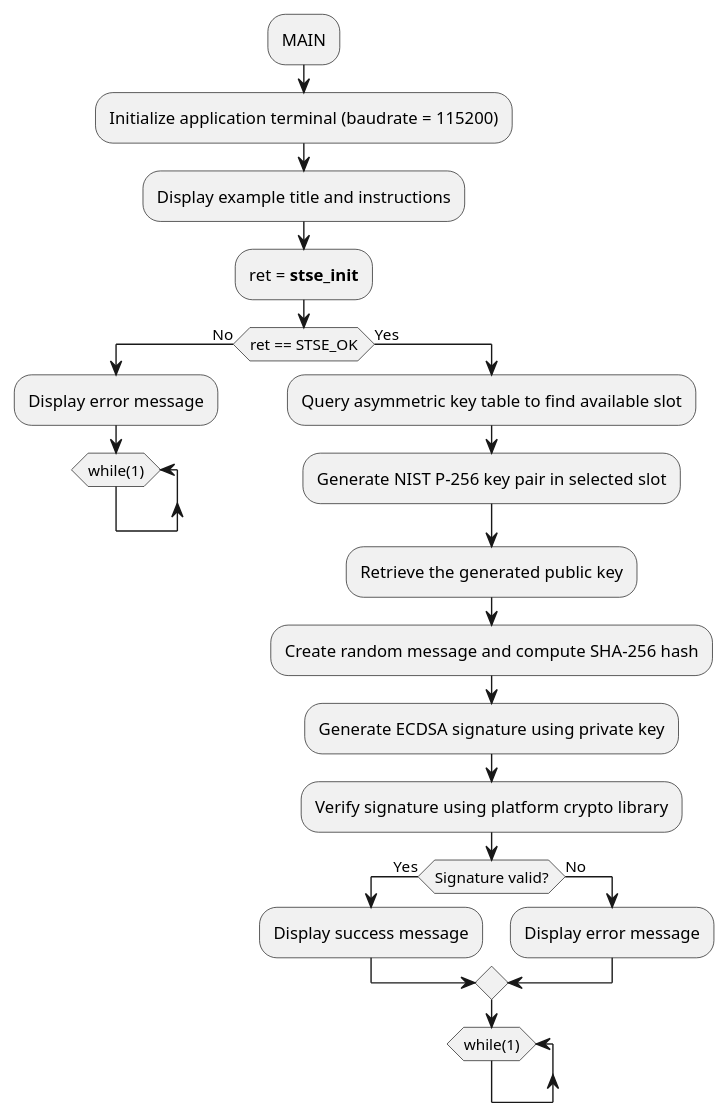
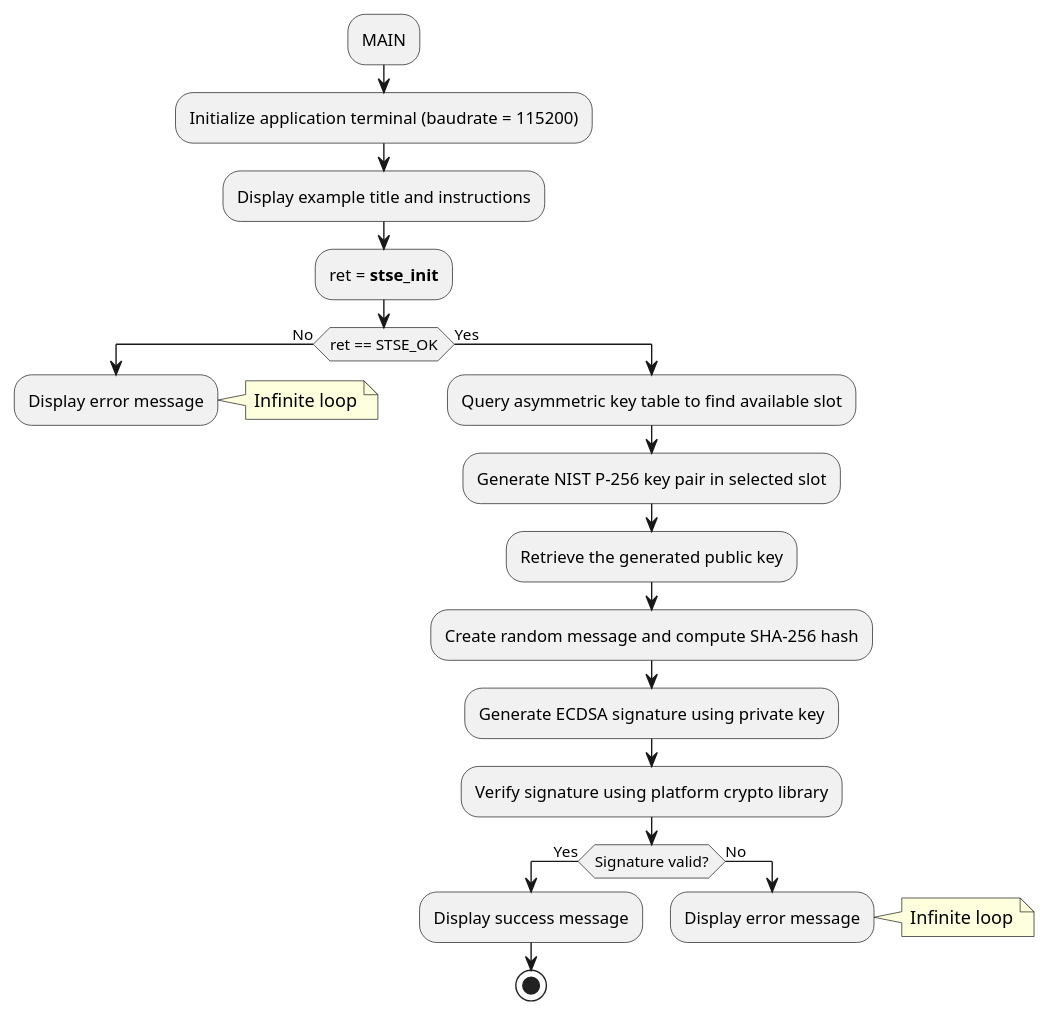
Before and after one commit to Grom-perso/STSAFE-A120_examples_dev: the diagram in Documentation/resources/Markdown/03_Project_examples_description/Key_pair_generation_NIST_P256/STSAFE-A120_Key_pair_generation_NIST_P256.md, drawn with PlantUML. The commit also changed 23 other files, not shown here.

```diff
--- a/Documentation/resources/Markdown/03_Project_examples_description/Key_pair_generation_NIST_P256/STSAFE-A120_Key_pair_generation_NIST_P256.md
+++ b/Documentation/resources/Markdown/03_Project_examples_description/Key_pair_generation_NIST_P256/STSAFE-A120_Key_pair_generation_NIST_P256.md
@@ -13,29 +13,28 @@
 @startuml "NIST P-256 Key Pair Generation flowchart" width=5cm
 	:MAIN;
 	:Initialize application terminal (baudrate = 115200);
 	:Display example title and instructions;
 	:ret = <b>stse_init</b>;
 	if(ret == STSE_OK) then (No)
-	:Display error message;
-	while (while(1))
-	end while
-	-[hidden]->
-	detach
+		:Display error message;
+		note right: Infinite loop
+		-[hidden]->
+		detach
 	else (Yes)
-	:Query asymmetric key table to find available slot;
-	:Generate NIST P-256 key pair in selected slot;
-	:Retrieve the generated public key;
-	:Create random message and compute SHA-256 hash;
-	:Generate ECDSA signature using private key;
-	:Verify signature using platform crypto library;
-	if(Signature valid?) then (Yes)
-	:Display success message;
-	else (No)
-	:Display error message;
-	endif
-	while (while(1))
-	end while
-	-[hidden]->
-	detach
+		:Query asymmetric key table to find available slot;
+		:Generate NIST P-256 key pair in selected slot;
+		:Retrieve the generated public key;
+		:Create random message and compute SHA-256 hash;
+		:Generate ECDSA signature using private key;
+		:Verify signature using platform crypto library;
+		if(Signature valid?) then (Yes)
+			:Display success message;
+			stop
+		else (No)
+			:Display error message;
+			note right: Infinite loop
+			-[hidden]->
+			detach
+		endif
 	endif
 @enduml
```
